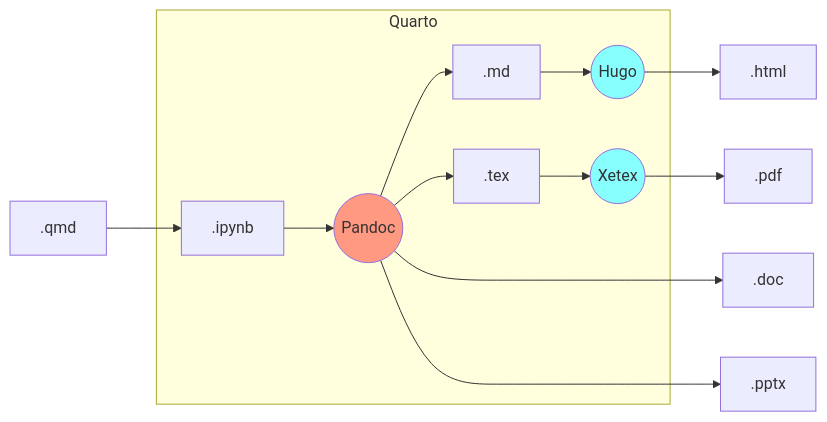
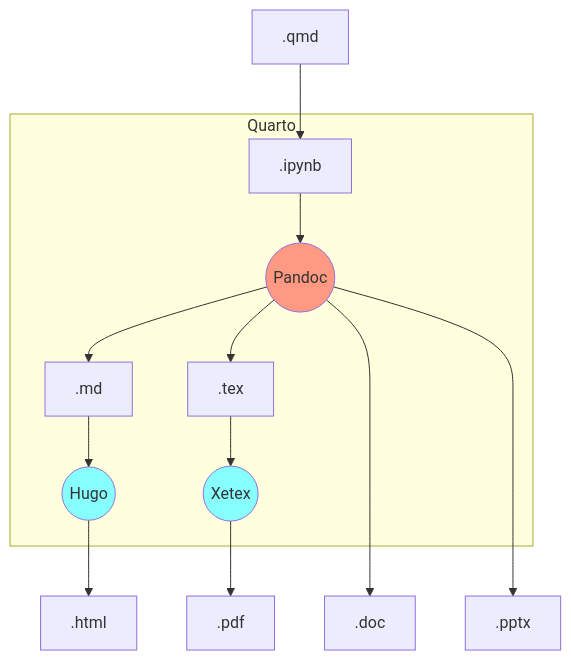
The diagram in slides/_quarto-ipynb-pandoc.qmd (lucas-a-meyer/using-quarto), drawn with Mermaid before and after one commit. The commit also changed other lines of this file and 10 other files, not shown here.

````diff
--- a/slides/_quarto-ipynb-pandoc.qmd
+++ b/slides/_quarto-ipynb-pandoc.qmd
@@ -7,18 +12,18 @@
 ```{mermaid}
-graph LR
+graph TD
 Q[.qmd] --> A
 subgraph Quarto
     A[.ipynb] --> B(("Pandoc"))
     B --> C[.md]
     B --> D[.tex] 
     D --> F((Xetex))
     C --> I((Hugo))
     style B fill:#FF6655AA
     style F fill:#88ffFF
     style I fill:#88ffFF
 end
     B ----> E[.doc]
     B ----> H[.pptx]
     F --> G[.pdf]
     I --> J[.html]
 ```
````
